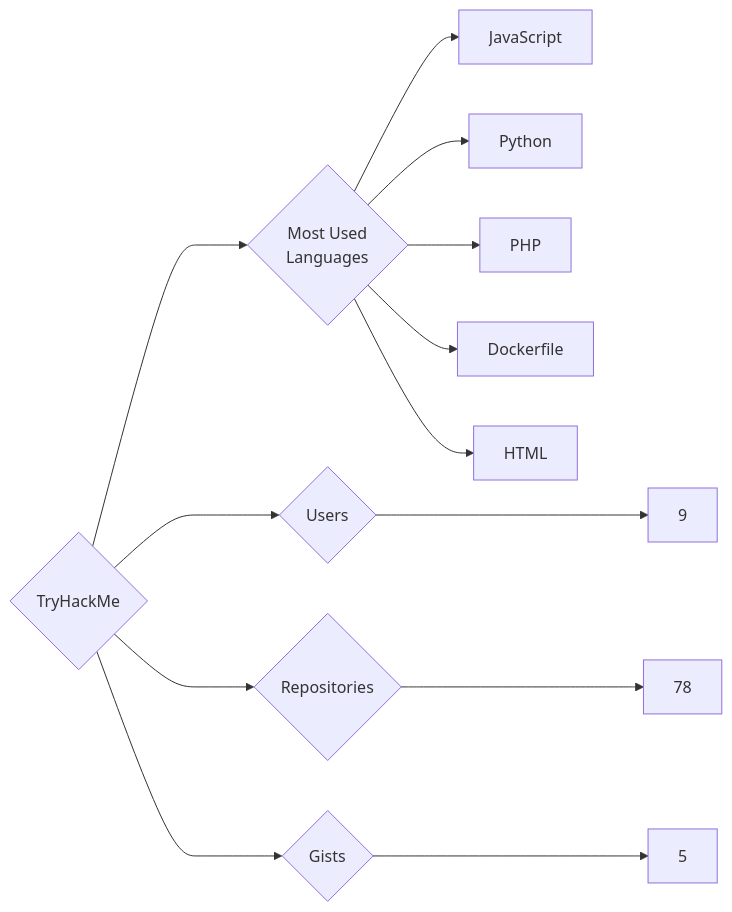
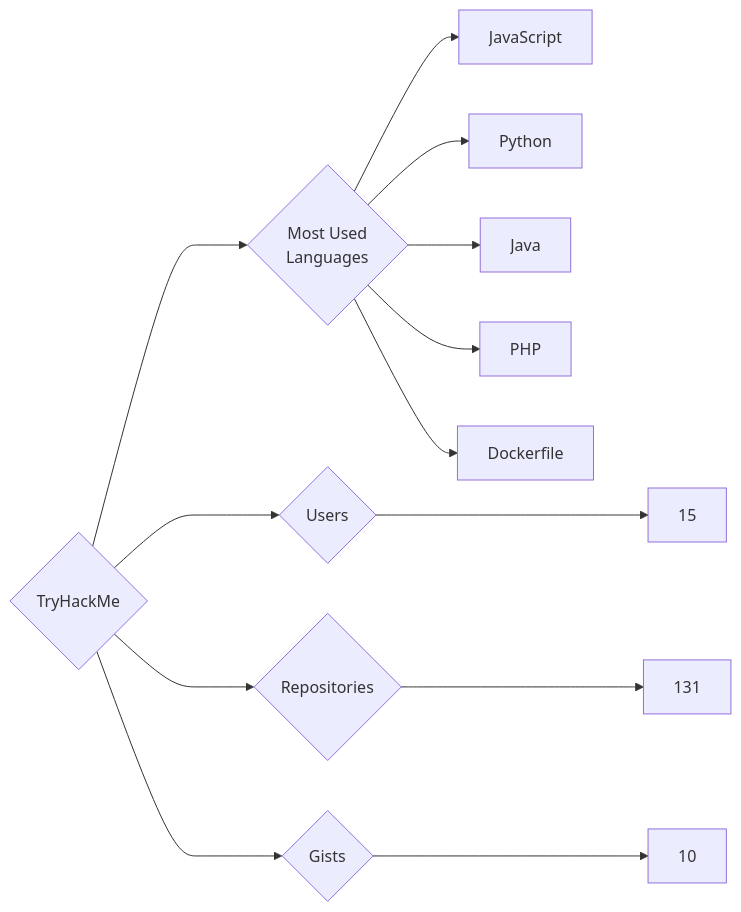
The diagram in targets/TryHackMe/README.md (trickest/insiders), drawn with Mermaid before and after one commit. The commit also changed 1484 other files, not shown here.

````diff
--- a/targets/TryHackMe/README.md
+++ b/targets/TryHackMe/README.md
@@ -3,13 +3,13 @@
 ```mermaid
 graph LR
 COMPANY_NAME{TryHackMe}
-COMPANY_NAME ---> U{Users} ---> UN[9]
-COMPANY_NAME ---> R{Repositories} ---> RN[78]
-COMPANY_NAME ---> G{Gists} ---> GN[5]
+COMPANY_NAME ---> U{Users} ---> UN[15]
+COMPANY_NAME ---> R{Repositories} ---> RN[131]
+COMPANY_NAME ---> G{Gists} ---> GN[10]
 COMPANY_NAME ---> ML{Most Used<br>Languages}
 ML --> JavaScript[JavaScript]
 ML --> Python[Python]
+ML --> Java[Java]
 ML --> PHP[PHP]
 ML --> Dockerfile[Dockerfile]
-ML --> HTML[HTML]
 ```
````
